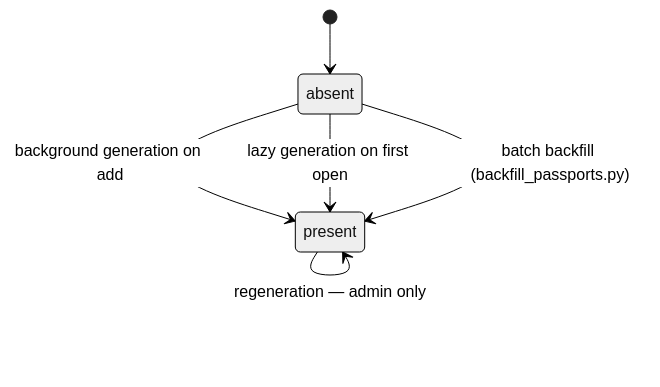
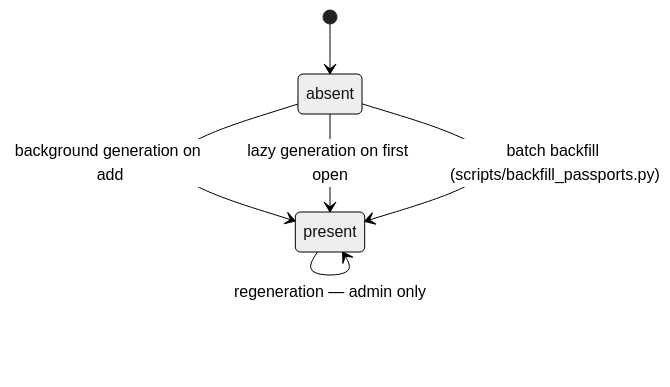
Before and after one commit to kseniakopli/book-library: the third of 5 diagrams in documentation/states-and-degradation.md, drawn with Mermaid (neutral theme). The commit also changed other lines of this file and 18 other files, not shown here.

````diff
--- a/documentation/states-and-degradation.md
+++ b/documentation/states-and-degradation.md
@@ -59,8 +59,8 @@
 ```mermaid
 stateDiagram-v2
     [*] --> absent
     absent --> present: background generation on add
     absent --> present: lazy generation on first open
-    absent --> present: batch backfill (backfill_passports.py)
+    absent --> present: batch backfill (scripts/backfill_passports.py)
     present --> present: regeneration — admin only
 ```
````
